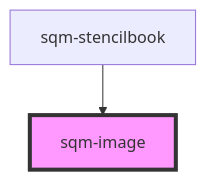
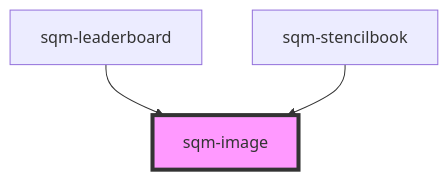
One commit to saasquatch/program-tools changed the diagram in packages/mint-components/src/components/sqm-image/readme.md. Above: the diagram before and after it, drawn with Mermaid. The commit also changed other lines of this file and 18 other files, not shown here.

````diff
--- a/packages/mint-components/src/components/sqm-image/readme.md
+++ b/packages/mint-components/src/components/sqm-image/readme.md
@@ -26,5 +29,6 @@
 ```mermaid
 graph TD;
+  sqm-leaderboard --> sqm-image
   sqm-stencilbook --> sqm-image
   style sqm-image fill:#f9f,stroke:#333,stroke-width:4px
 ```
````
